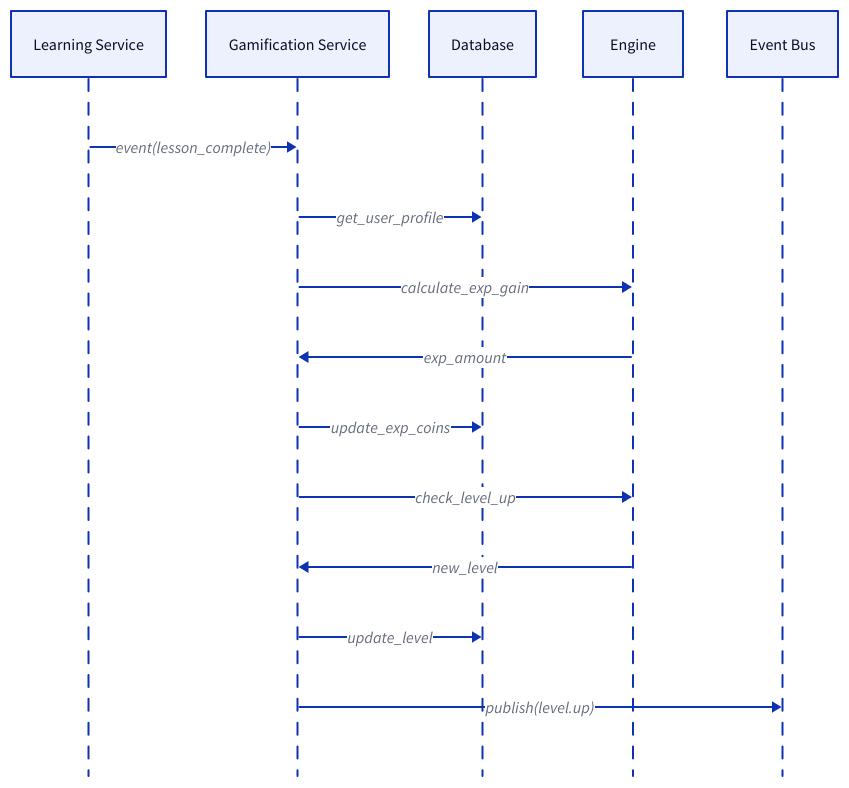
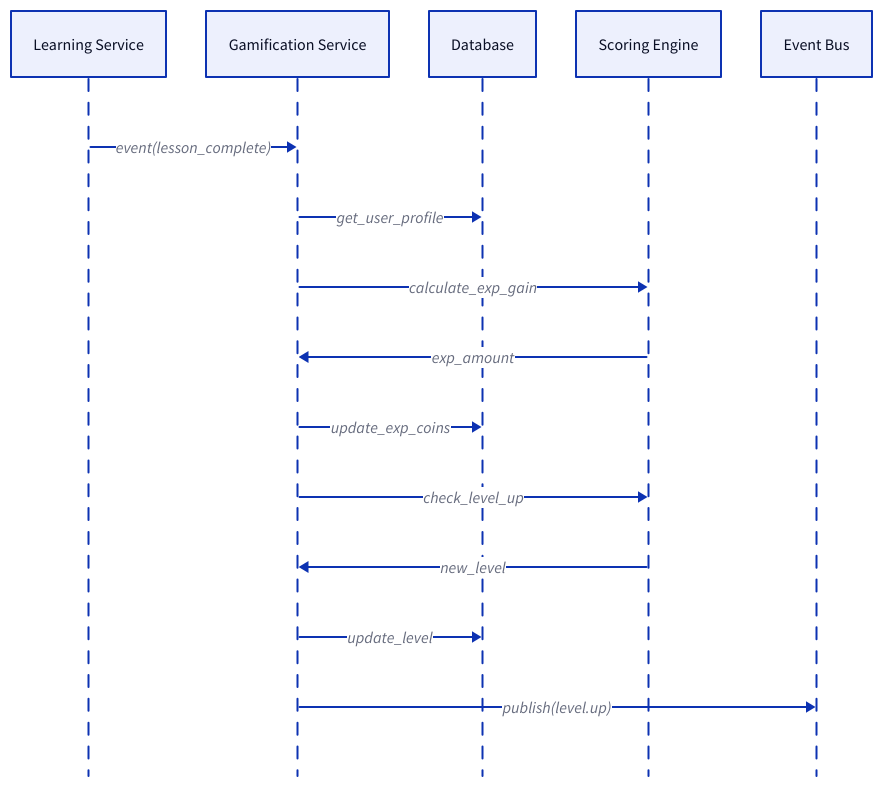
One commit to philongdanh/lms changed the first of 5 diagrams in spec/modules/gamification.md. Above: the diagram before and after it, drawn with D2. The commit also changed 2 other files, not shown here.

````diff
--- a/spec/modules/gamification.md
+++ b/spec/modules/gamification.md
@@ -20,18 +20,19 @@
 ```d2
 shape: sequence_diagram
 "Learning Service"
 "Gamification Service"
+"Gamification Service"
 Database
-Engine
+"Scoring Engine"
 "Event Bus"
 
 "Learning Service" -> "Gamification Service": event(lesson_complete)
 "Gamification Service" -> Database: get_user_profile
-"Gamification Service" -> Engine: calculate_exp_gain
-Engine -> "Gamification Service": exp_amount
+"Gamification Service" -> "Scoring Engine": calculate_exp_gain
+"Scoring Engine" -> "Gamification Service": exp_amount
 "Gamification Service" -> Database: update_exp_coins
-"Gamification Service" -> Engine: check_level_up
-Engine -> "Gamification Service": new_level
+"Gamification Service" -> "Scoring Engine": check_level_up
+"Scoring Engine" -> "Gamification Service": new_level
 "Gamification Service" -> Database: update_level
 "Gamification Service" -> "Event Bus": publish(level.up)
 ```
````
